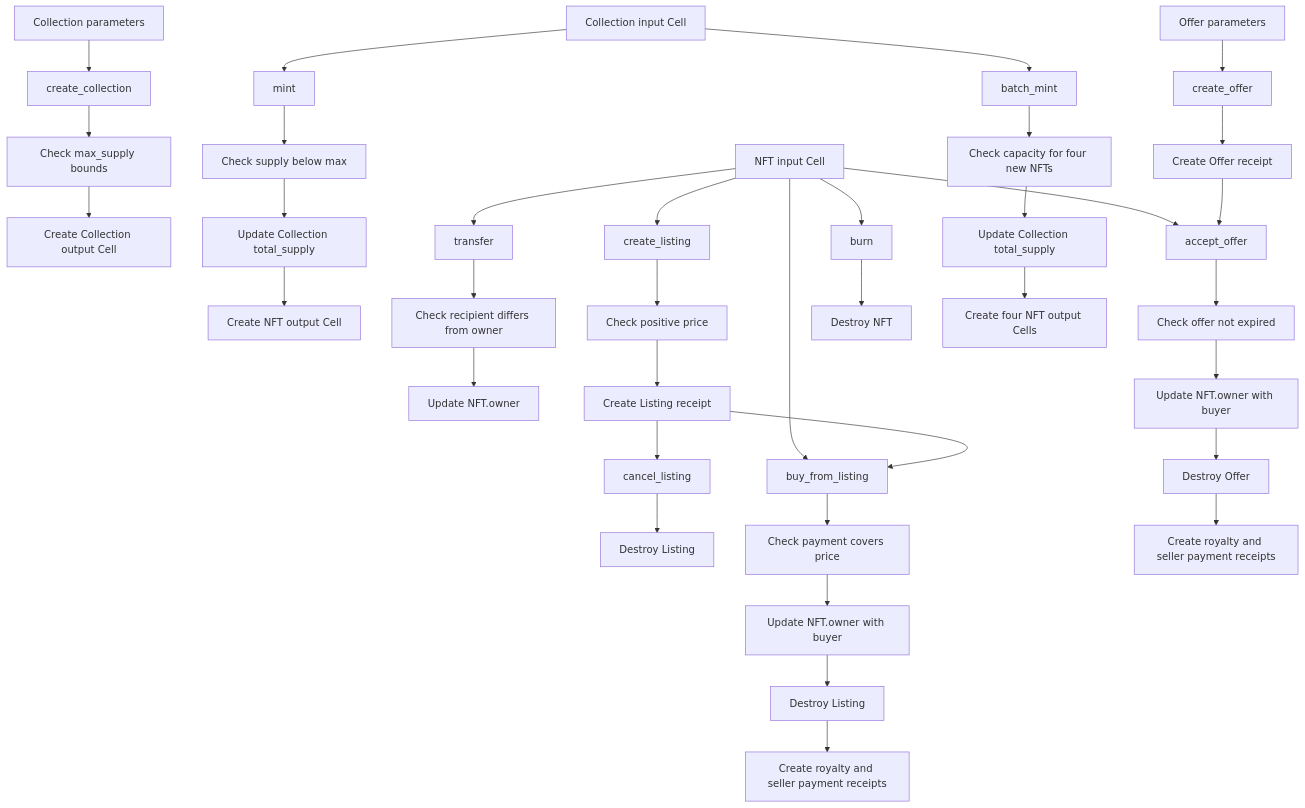
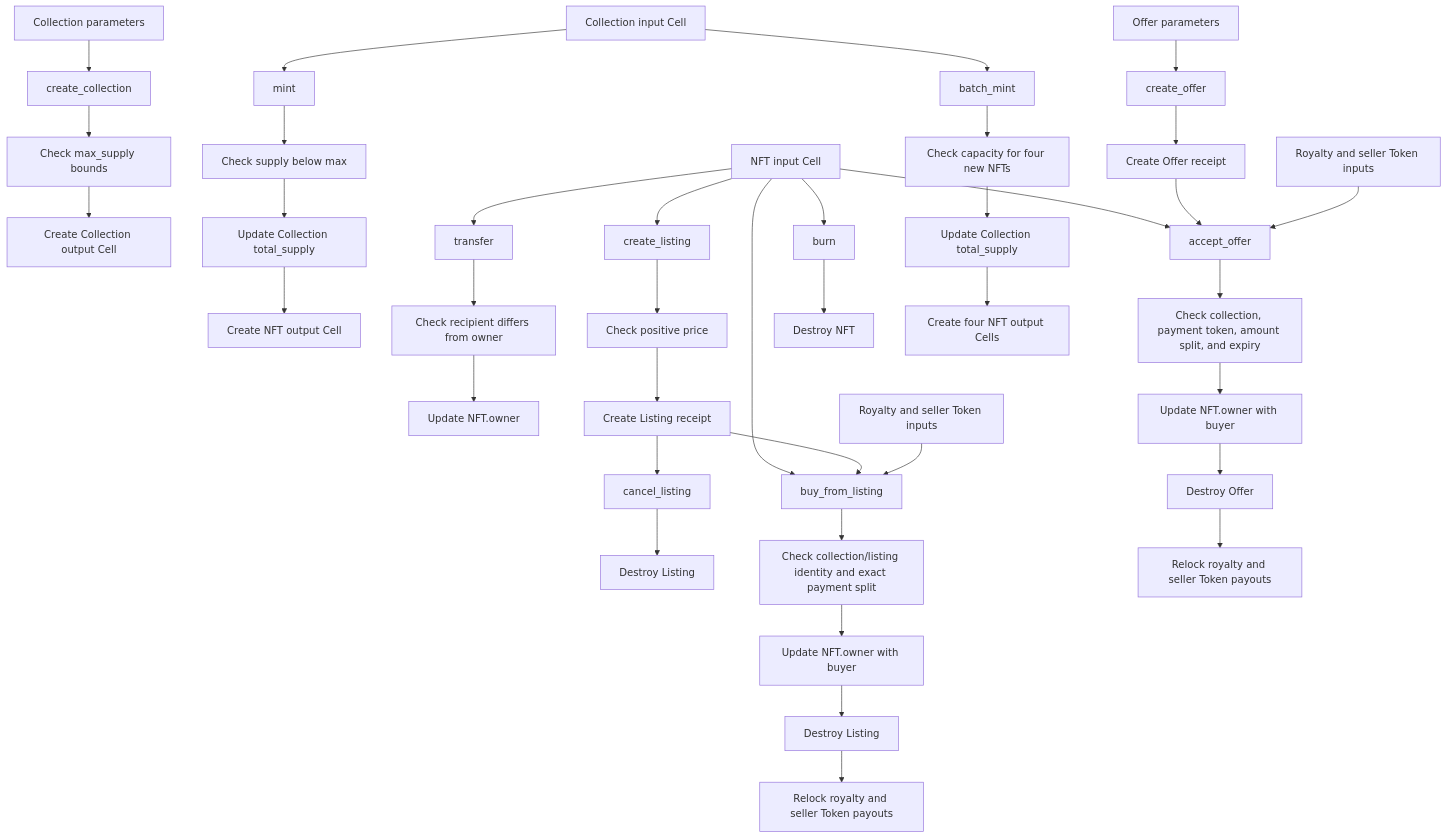
One commit to CellScript-Labs/CellScript changed the sixth of 12 diagrams in docs/CELLSCRIPT_EXAMPLE_BUSINESS_FLOWS.md. Above: the diagram before and after it, drawn with Mermaid. The commit also changed other lines of this file and 61 other files, not shown here.

````diff
--- a/docs/CELLSCRIPT_EXAMPLE_BUSINESS_FLOWS.md
+++ b/docs/CELLSCRIPT_EXAMPLE_BUSINESS_FLOWS.md
@@ -217,47 +220,49 @@
 ```mermaid
 flowchart TD
     AO["Collection parameters"] --> AP["create_collection"]
     AP --> AQ["Check max_supply bounds"]
     AQ --> AR["Create Collection output Cell"]
 
     A["Collection input Cell"] --> B["mint"]
     B --> C["Check supply below max"]
     C --> D["Update Collection total_supply"]
     D --> E["Create NFT output Cell"]
 
     F["NFT input Cell"] --> G["transfer"]
     G --> H["Check recipient differs from owner"]
     H --> I["Update NFT.owner"]
 
     F --> J["create_listing"]
     J --> K["Check positive price"]
     K --> L["Create Listing receipt"]
 
     L --> M["cancel_listing"]
     M --> N["Destroy Listing"]
 
     F --> O["buy_from_listing"]
     L --> O
-    O --> P["Check payment covers price"]
+    BA["Royalty and seller Token inputs"] --> O
+    O --> P["Check collection/listing identity and exact payment split"]
     P --> Q["Update NFT.owner with buyer"]
     Q --> R["Destroy Listing"]
-    R --> S["Create royalty and seller payment receipts"]
+    R --> S["Relock royalty and seller Token payouts"]
 
     T["Offer parameters"] --> U["create_offer"]
     U --> V["Create Offer receipt"]
 
     F --> W["accept_offer"]
     V --> W
-    W --> X["Check offer not expired"]
+    BB["Royalty and seller Token inputs"] --> W
+    W --> X["Check collection, payment token, amount split, and expiry"]
     X --> Y["Update NFT.owner with buyer"]
     Y --> Z["Destroy Offer"]
-    Z --> AA["Create royalty and seller payment receipts"]
+    Z --> AA["Relock royalty and seller Token payouts"]
 
     F --> AB["burn"]
     AB --> AC["Destroy NFT"]
 
     A --> AD["batch_mint"]
     AD --> AE["Check capacity for four new NFTs"]
     AE --> AF["Update Collection total_supply"]
     AF --> AG["Create four NFT output Cells"]
 ```
````
